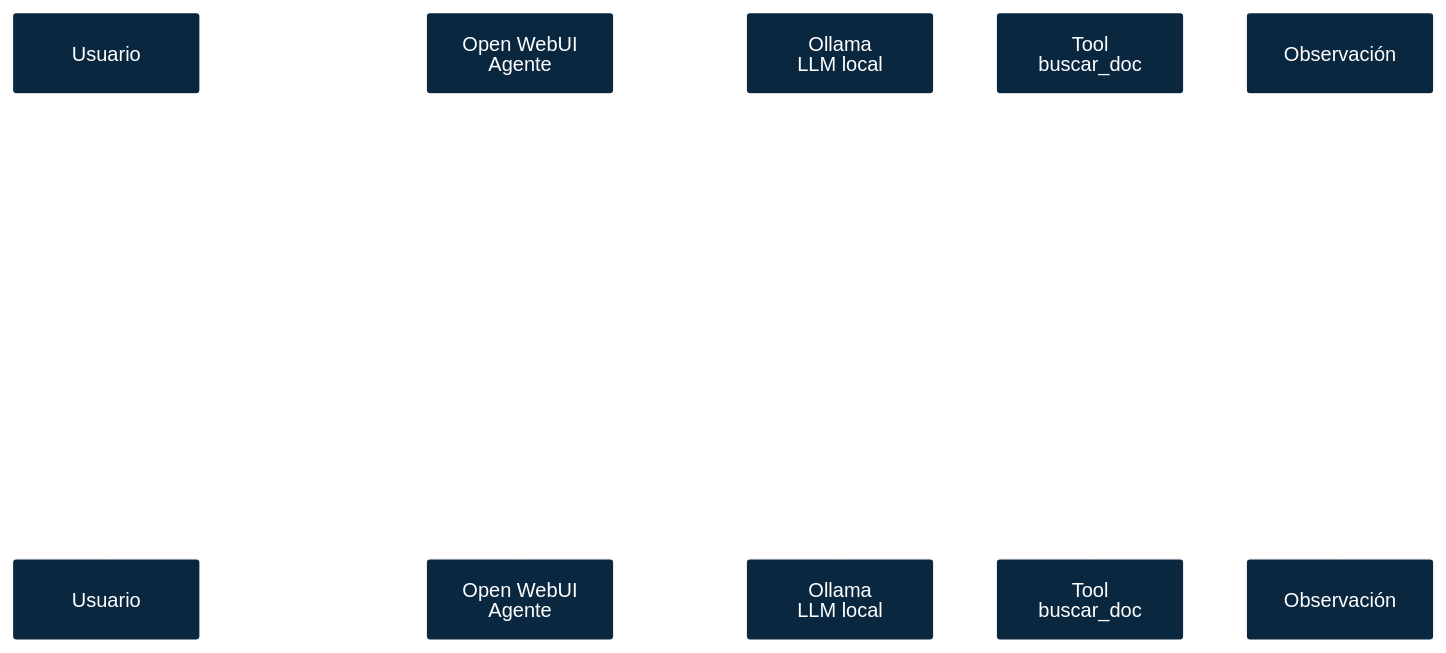
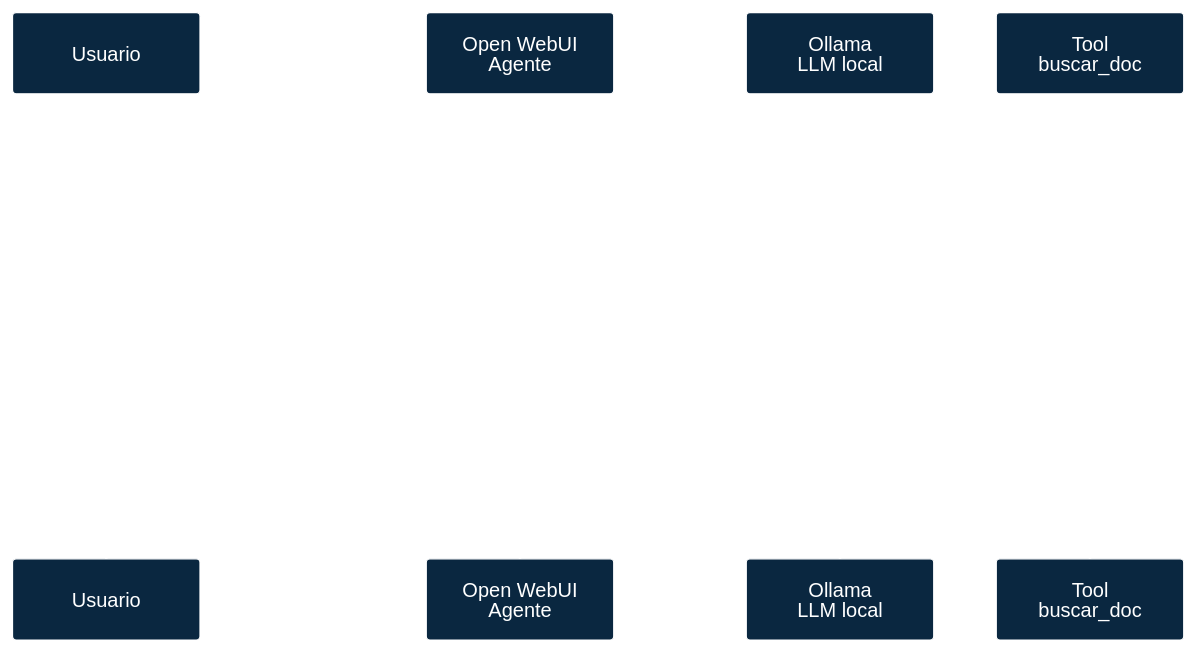
Before and after one commit to DavidTorelli/agente-futuro: the second of 2 diagrams in docs/slides/intro.md, drawn with Mermaid. The commit also changed other lines of this file and 1 other file, not shown here.

````diff
--- a/docs/slides/intro.md
+++ b/docs/slides/intro.md
@@ -405,18 +411,17 @@
 ```mermaid
 %%{init: {'theme': 'base', 'themeVariables': { 'primaryColor': '#0a2740', 'primaryBorderColor': '#ffffff', 'primaryTextColor': '#ffffff', 'secondaryTextColor': '#ffffff', 'lineColor': '#ffffff', 'arrowheadColor': '#ffffff', 'textColor': '#ffffff' }}}%%
 sequenceDiagram
     participant U as Usuario
     participant OW as Open WebUI<br/>Agente
     participant LLM as Ollama<br/>LLM local
     participant T as Tool<br/>buscar_doc
-    participant Obs as Observación
 
     U->>OW: Prompt inicial
     OW->>LLM: Solicita contexto y plan
     LLM-->>OW: Propuesta / llamada a tool
     OW->>T: Invoca tool con parámetros
     T-->>OW: Resultados estructurados
-    OW->>Obs: Registra observación
-    Obs-->>OW: Observación validada
+    OW->>LLM: Registra observación
+    LLM-->>OW: Observación validada
     OW-->>U: Respuesta contextual y confirmación
 ```
````
